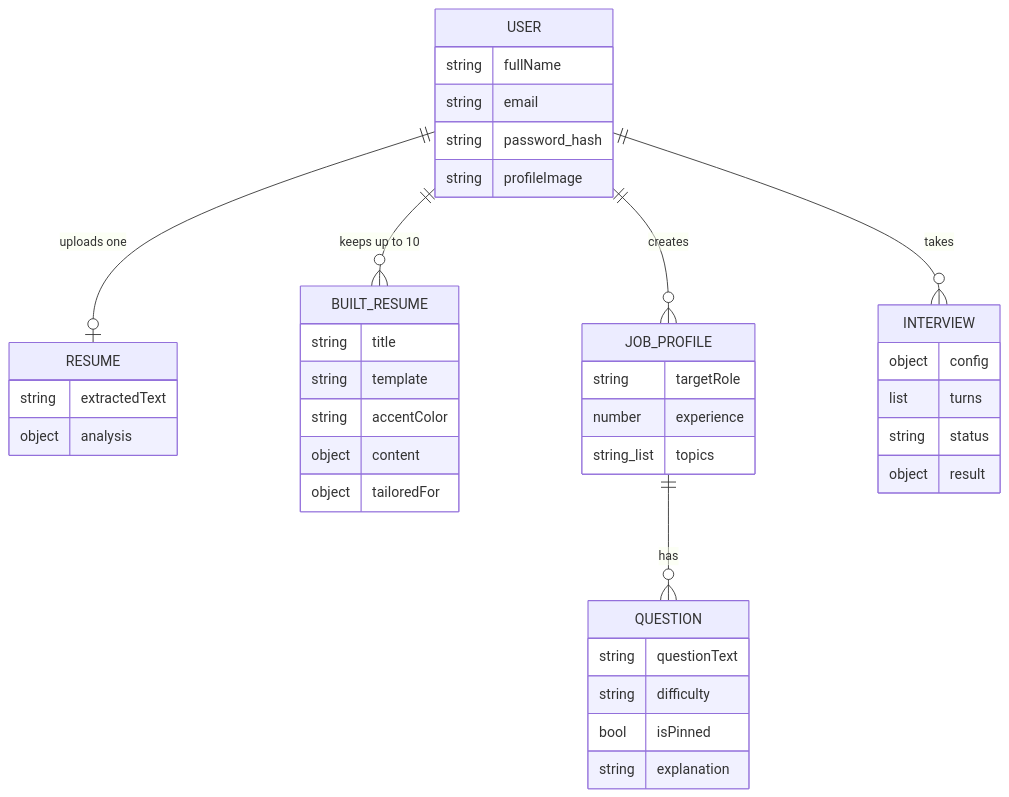
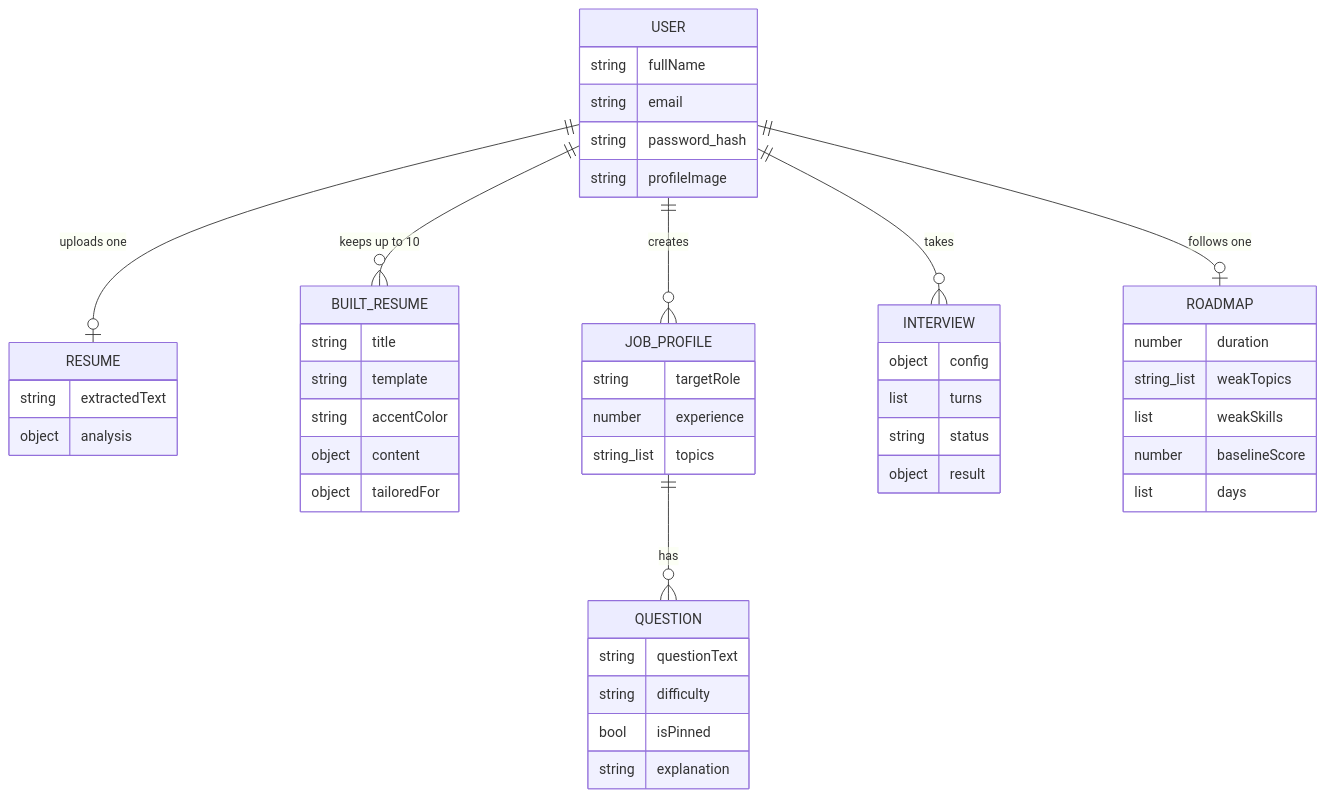
The fourth of 8 diagrams in interview-prep-app/ARCHITECTURE.md (Yuvraj6387/ai-interview-prep), drawn with Mermaid before and after one commit. The commit also changed other lines of this file and 10 other files, not shown here.

First line of the commit message:
Add personalized learning roadmap built from interview results

````diff
--- a/interview-prep-app/ARCHITECTURE.md
+++ b/interview-prep-app/ARCHITECTURE.md
@@ -95,15 +97,17 @@
 ```mermaid
 erDiagram
     USER ||--o| RESUME : "uploads one"
     USER ||--o{ BUILT_RESUME : "keeps up to 10"
     USER ||--o{ JOB_PROFILE : creates
     JOB_PROFILE ||--o{ QUESTION : has
     USER ||--o{ INTERVIEW : takes
+    USER ||--o| ROADMAP : "follows one"
 
     USER { string fullName string email string password_hash string profileImage }
     RESUME { string extractedText object analysis }
     BUILT_RESUME { string title string template string accentColor object content object tailoredFor }
     JOB_PROFILE { string targetRole number experience string_list topics }
     QUESTION { string questionText string difficulty bool isPinned string explanation }
     INTERVIEW { object config list turns string status object result }
+    ROADMAP { number duration string_list weakTopics list weakSkills number baselineScore list days }
 ```
````
